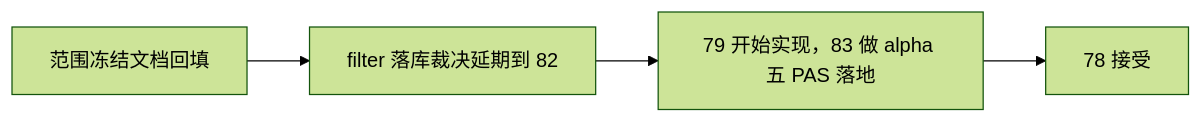
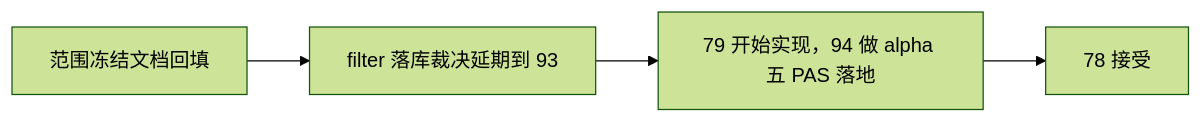
One commit to everything-is-simple/lifespan-0.01 changed the diagram in docs/03-execution/records/78-malf-alpha-dual-axis-refactor-scope-freeze-record-20260418.md. Above: the diagram before and after it, drawn with Mermaid (forest theme). The commit also changed other lines of this file and 59 other files, not shown here.

````diff
--- a/docs/03-execution/records/78-malf-alpha-dual-axis-refactor-scope-freeze-record-20260418.md
+++ b/docs/03-execution/records/78-malf-alpha-dual-axis-refactor-scope-freeze-record-20260418.md
@@ -28,6 +28,6 @@
 ```mermaid
 flowchart LR
-    STEP["范围冻结文档回填"] --> DEV["filter 落库裁决延期到 82"]
-    DEV --> NOTE["79 开始实现，83 做 alpha 五 PAS 落地"]
+    STEP["范围冻结文档回填"] --> DEV["filter 落库裁决延期到 93"]
+    DEV --> NOTE["79 开始实现，94 做 alpha 五 PAS 落地"]
     NOTE --> CON["78 接受"]
 ```
````
